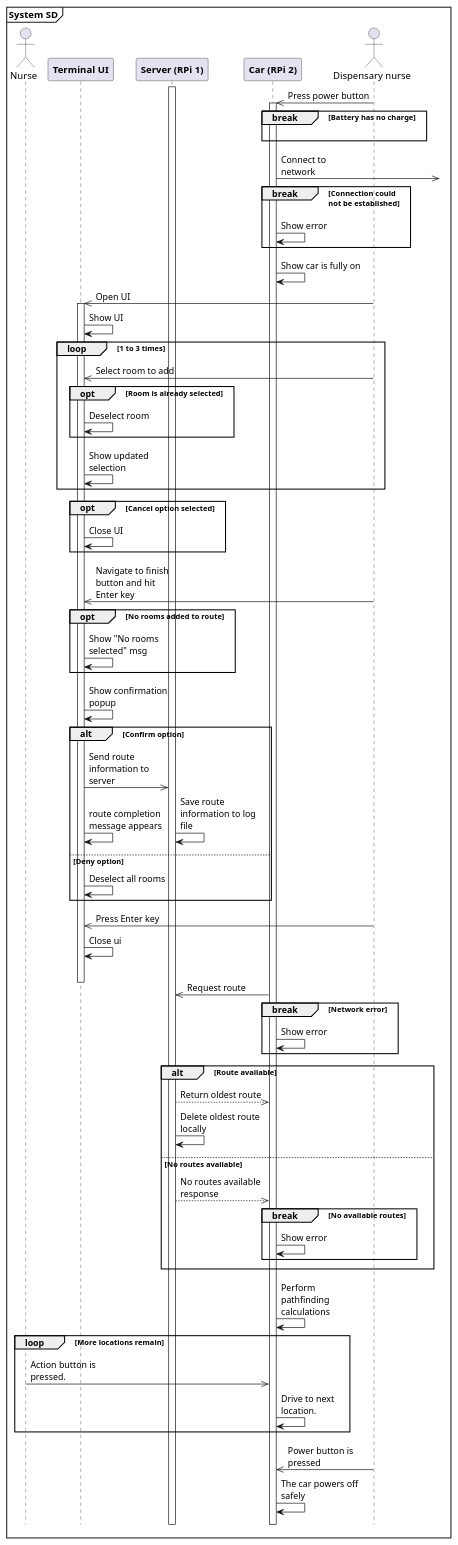
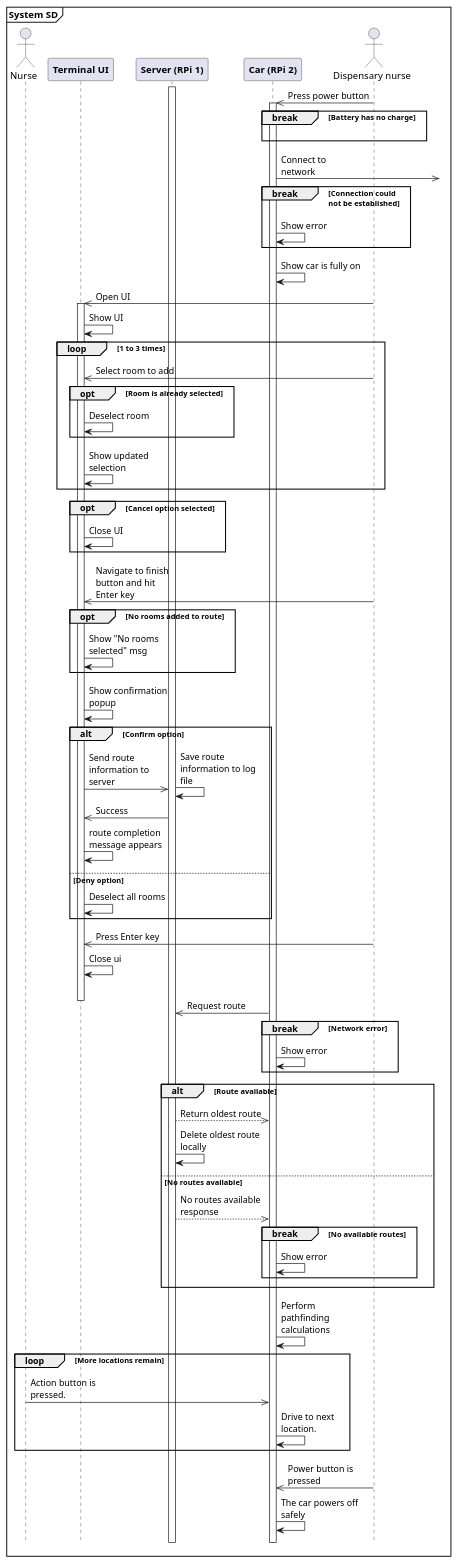
The diagram in docs/diagrams/Plantuml/System architecture/System SD - combined.puml (lineklemensen/PRJ3), drawn with PlantUML before and after one commit.

Commit message:
Add missing return arrow

```diff
--- a/docs/diagrams/Plantuml/System architecture/System SD - combined.puml
+++ b/docs/diagrams/Plantuml/System architecture/System SD - combined.puml
@@ -1,105 +1,106 @@
 @startuml System SD - combined
 
 mainframe **System SD**
 
 hide footbox
 !pragma teoz true
 
 skinparam {
     MaxMessageSize 120
 }
 
 
 actor "Nurse" as n
 participant "**Terminal UI**" as ui
 participant "**Server (RPi 1)**" as srv
 participant "**Car (RPi 2)**" as car
 actor "Dispensary nurse" as dn
 
 'UC1
 srv++
 dn ->> car++ : Press power button
 
 break Battery has no charge
     car -[hidden]>] 
 end
 
 car ->>] : Connect to network
 
 break Connection could\nnot be established
     car -> car : Show error
 end
 
 
 car -> car : Show car is fully on
 
 
 'UC2
 dn ->> ui++ : Open UI
 ui -> ui : Show UI
 
 loop 1 to 3 times
     dn ->> ui : Select room to add
     opt Room is already selected
         ui -> ui : Deselect room
     end
     ui -> ui : Show updated selection
 end
 
 opt Cancel option selected
     ui -> ui : Close UI
 end
 
 dn ->> ui : Navigate to finish button and hit Enter key
 
 opt No rooms added to route
     ui -> ui : Show "No rooms selected" msg
 
 end
 
 ui -> ui :  Show confirmation popup
 alt Confirm option
     ui ->> srv : Send route information to server
+    & srv -> srv : Save route information to log file
+    srv ->> ui : Success
     ui -> ui : route completion message appears
-    & srv -> srv : Save route information to log file
 
 else Deny option
     ui -> ui : Deselect all rooms
 end
 dn ->> ui : Press Enter key
 
 ui -> ui : Close ui
 |||
 ui--
 
 'UC3
 car ->> srv : Request route
 
 break Network error
     car -> car : Show error
 end
 
 alt Route available
     srv -->> car : Return oldest route
     srv -> srv : Delete oldest route locally
 
 else No routes available
     srv -->> car : No routes available response
     break No available routes
         car -> car : Show error
     end
 end
 
 car -> car : Perform pathfinding calculations
 
 loop More locations remain
     n ->> car : Action button is pressed.
     car -> car : Drive to next location.
 end
 
 'UC4
 dn ->> car : Power button is pressed
 car -> car : The car powers off safely
 
 
 @enduml
```
